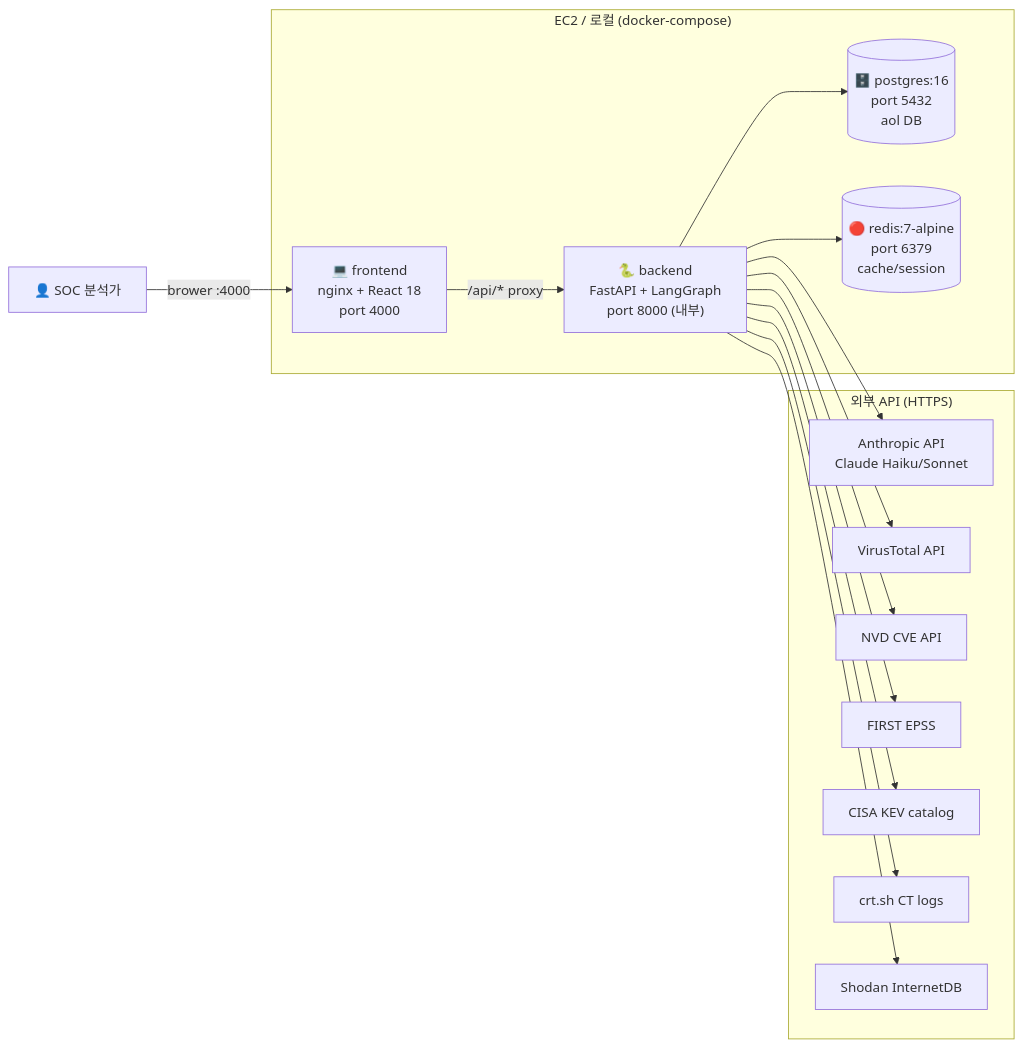
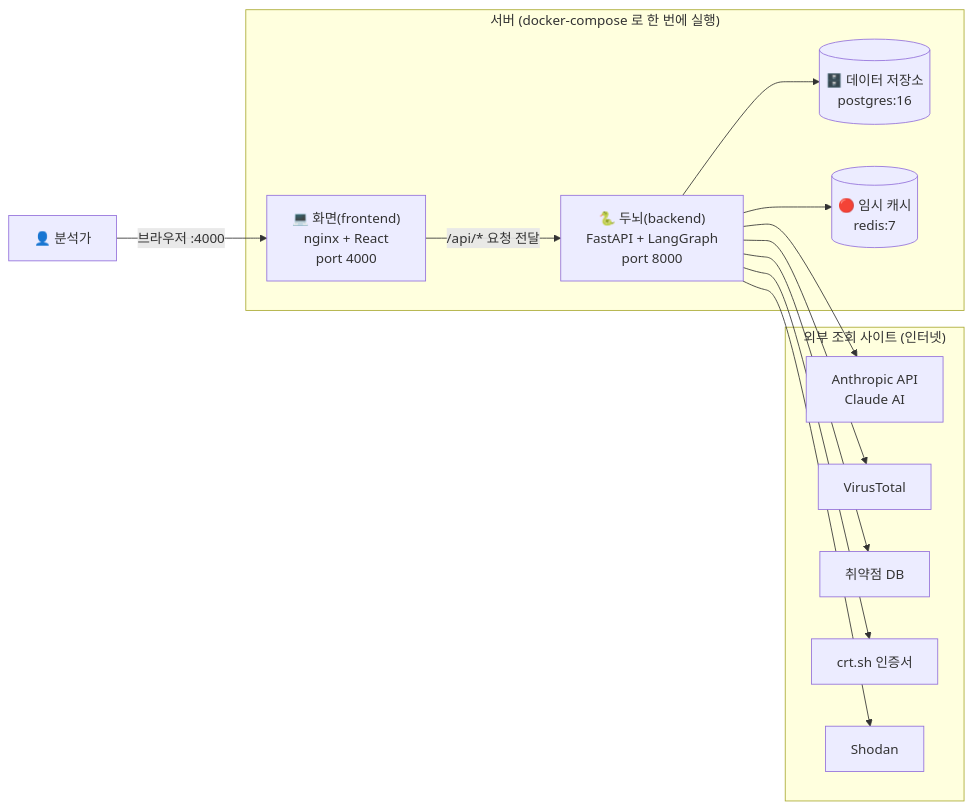
One commit to jjyj2302/AOL_SERVICE_DEMO changed the first of 3 diagrams in README.md. Above: the diagram before and after it, drawn with Mermaid. The commit also changed other lines of this file, not shown here.

First line of the commit message:
docs(readme): README 간결화 재작성 + 명칭 AOL IOC Intelligence 로 변경

````diff
--- a/README.md
+++ b/README.md
@@ -89,33 +120,29 @@
 ```mermaid
 flowchart LR
-    subgraph "EC2 / 로컬 (docker-compose)"
-        FE["💻 frontend<br/>nginx + React 18<br/>port 4000"]
-        BE["🐍 backend<br/>FastAPI + LangGraph<br/>port 8000 (내부)"]
-        PG[("🗄️ postgres:16<br/>port 5432<br/>aol DB")]
-        RD[("🔴 redis:7-alpine<br/>port 6379<br/>cache/session")]
+    subgraph "서버 (docker-compose 로 한 번에 실행)"
+        FE["💻 화면(frontend)<br/>nginx + React<br/>port 4000"]
+        BE["🐍 두뇌(backend)<br/>FastAPI + LangGraph<br/>port 8000"]
+        PG[("🗄️ 데이터 저장소<br/>postgres:16")]
+        RD[("🔴 임시 캐시<br/>redis:7")]
 
-        FE -->|/api/* proxy| BE
+        FE -->|/api/* 요청 전달| BE
         BE --> PG
         BE --> RD
     end
 
-    subgraph "외부 API (HTTPS)"
-        AT[Anthropic API<br/>Claude Haiku/Sonnet]
-        VT[VirusTotal API]
-        NVD[NVD CVE API]
-        EPSS[FIRST EPSS]
-        KEV[CISA KEV catalog]
-        CRT[crt.sh CT logs]
-        SHO[Shodan InternetDB]
+    subgraph "외부 조회 사이트 (인터넷)"
+        AT[Anthropic API<br/>Claude AI]
+        VT[VirusTotal]
+        NVD[취약점 DB]
+        CRT[crt.sh 인증서]
+        SHO[Shodan]
     end
 
     BE --> AT
     BE --> VT
     BE --> NVD
-    BE --> EPSS
-    BE --> KEV
     BE --> CRT
     BE --> SHO
 
-    User[👤 SOC 분석가] -->|brower :4000| FE
+    User[👤 분석가] -->|브라우저 :4000| FE
 ```
````
